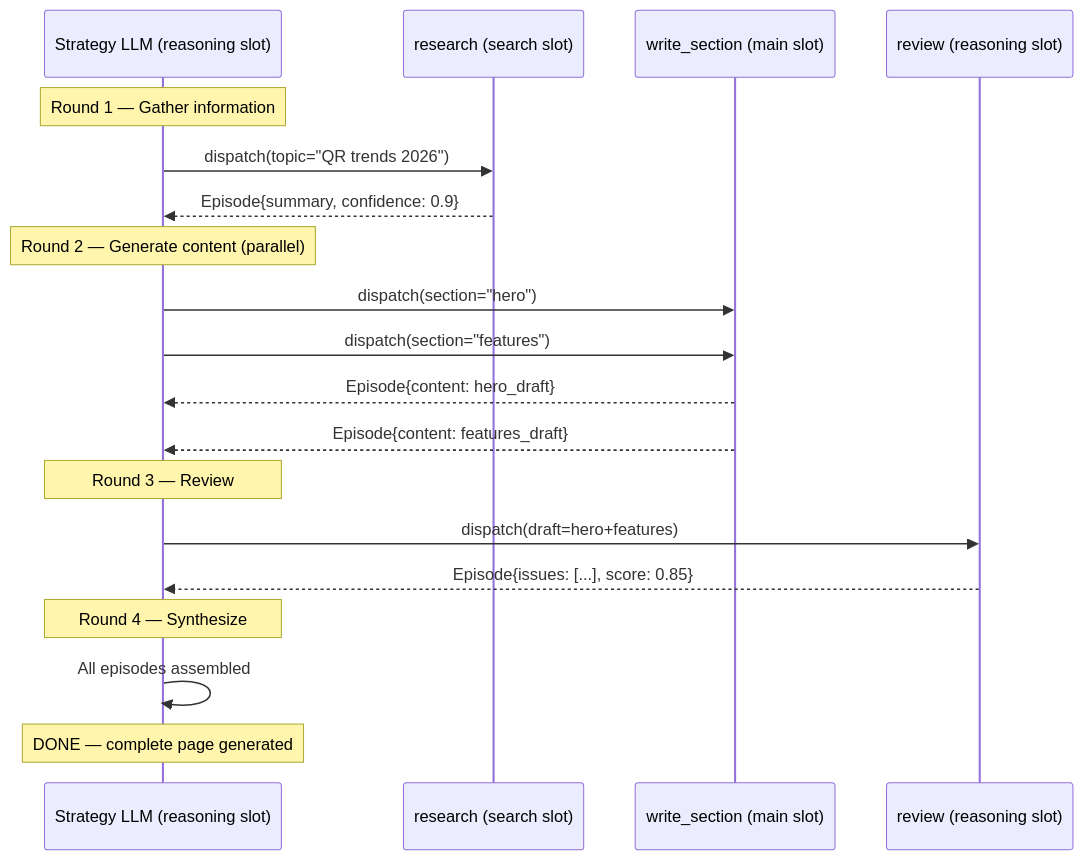
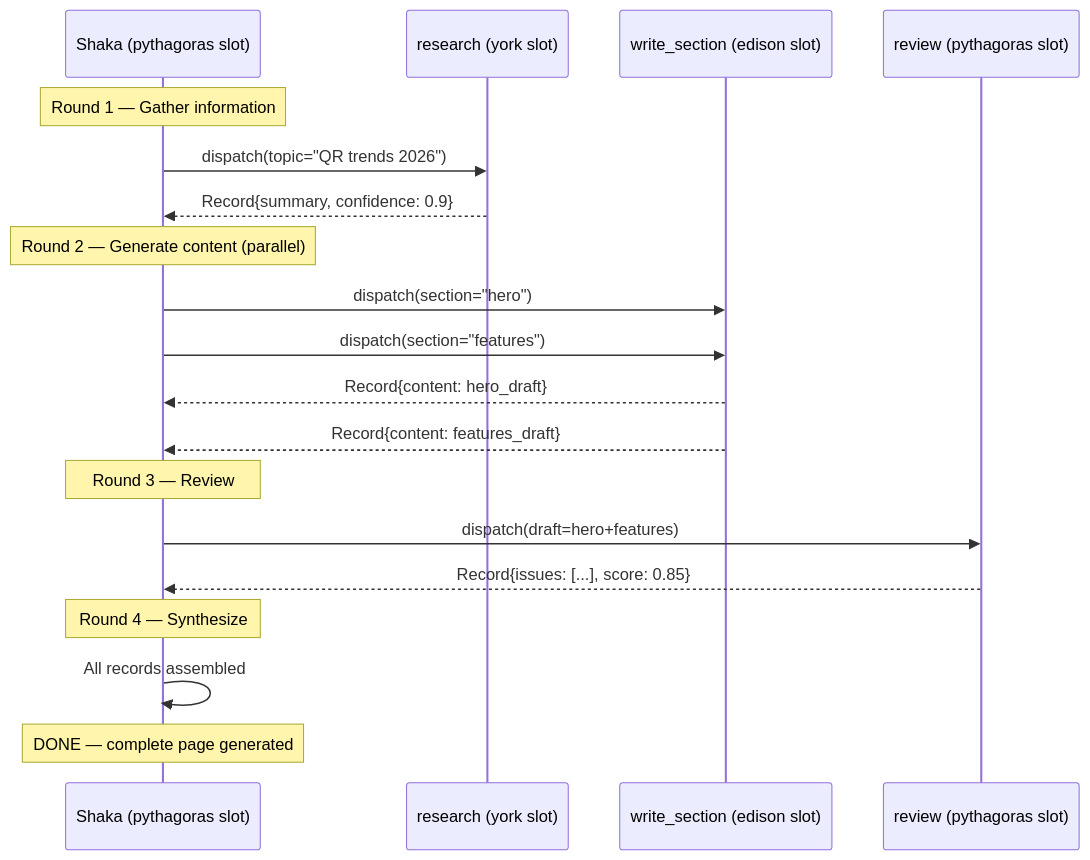
The tenth of 23 diagrams in docs/brainstorm/nika-evolution/11-nika-030-technical-reference.md (supernovae-st/nika), drawn with Mermaid before and after one commit. The commit also changed other lines of this file and 12 other files, not shown here.

````diff
--- a/docs/brainstorm/nika-evolution/11-nika-030-technical-reference.md
+++ b/docs/brainstorm/nika-evolution/11-nika-030-technical-reference.md
@@ -600,25 +600,25 @@
 ```mermaid
 sequenceDiagram
-    participant STR as Strategy LLM (reasoning slot)
-    participant R as research (search slot)
-    participant W as write_section (main slot)
-    participant V as review (reasoning slot)
+    participant STR as Shaka (pythagoras slot)
+    participant R as research (york slot)
+    participant W as write_section (edison slot)
+    participant V as review (pythagoras slot)
 
     Note over STR: Round 1 — Gather information
     STR->>R: dispatch(topic="QR trends 2026")
-    R-->>STR: Episode{summary, confidence: 0.9}
+    R-->>STR: Record{summary, confidence: 0.9}
 
     Note over STR: Round 2 — Generate content (parallel)
     STR->>W: dispatch(section="hero")
     STR->>W: dispatch(section="features")
-    W-->>STR: Episode{content: hero_draft}
-    W-->>STR: Episode{content: features_draft}
+    W-->>STR: Record{content: hero_draft}
+    W-->>STR: Record{content: features_draft}
 
     Note over STR: Round 3 — Review
     STR->>V: dispatch(draft=hero+features)
-    V-->>STR: Episode{issues: [...], score: 0.85}
+    V-->>STR: Record{issues: [...], score: 0.85}
 
     Note over STR: Round 4 — Synthesize
-    STR->>STR: All episodes assembled
+    STR->>STR: All records assembled
     Note over STR: DONE — complete page generated
 ```
````
